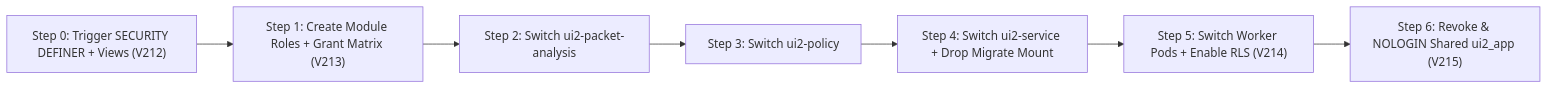
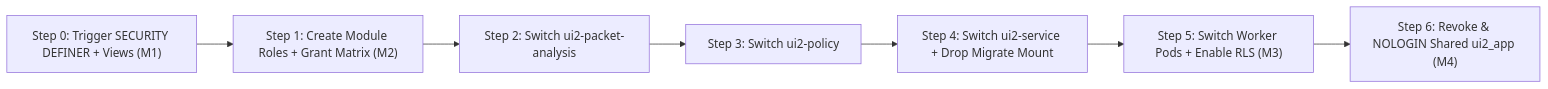
Before and after one commit to ozandurmus/neXus: the diagram in docs/design/DATABASE_ROLES_AND_DATA_OWNERSHIP_DESIGN_2026_11_14.md, drawn with Mermaid. The commit also changed other lines of this file, not shown here.

First line of the commit message:
DB roles design: correct the ui2_job_module citations, name new migrations M1..M4

````diff
--- a/docs/design/DATABASE_ROLES_AND_DATA_OWNERSHIP_DESIGN_2026_11_14.md
+++ b/docs/design/DATABASE_ROLES_AND_DATA_OWNERSHIP_DESIGN_2026_11_14.md
@@ -663,9 +663,9 @@
 ```mermaid
 flowchart LR
-    S0["Step 0: Trigger SECURITY DEFINER + Views (V212)"] --> S1["Step 1: Create Module Roles + Grant Matrix (V213)"]
+    S0["Step 0: Trigger SECURITY DEFINER + Views (M1)"] --> S1["Step 1: Create Module Roles + Grant Matrix (M2)"]
     S1 --> S2["Step 2: Switch ui2-packet-analysis"]
     S2 --> S3["Step 3: Switch ui2-policy"]
     S3 --> S4["Step 4: Switch ui2-service + Drop Migrate Mount"]
-    S4 --> S5["Step 5: Switch Worker Pods + Enable RLS (V214)"]
-    S5 --> S6["Step 6: Revoke & NOLOGIN Shared ui2_app (V215)"]
+    S4 --> S5["Step 5: Switch Worker Pods + Enable RLS (M3)"]
+    S5 --> S6["Step 6: Revoke & NOLOGIN Shared ui2_app (M4)"]
 ```
````
